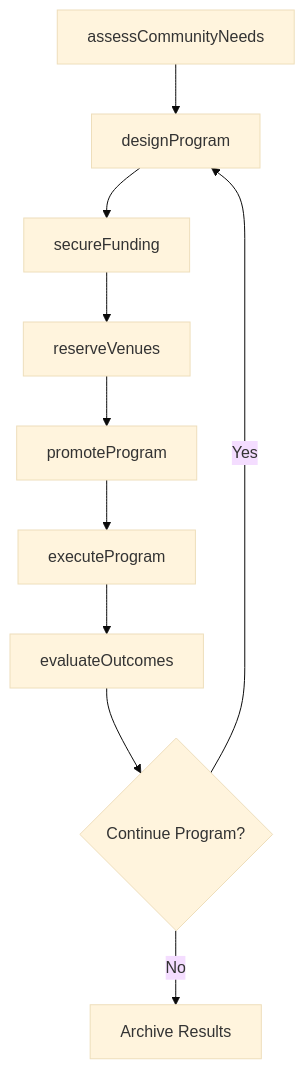
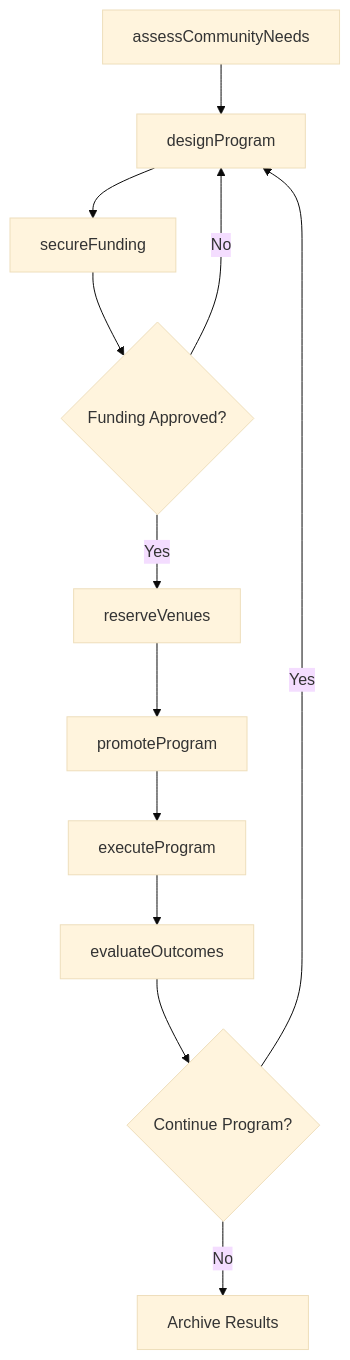
The third of 4 diagrams in OrganizingPlanningAndPrioritizingWork/PlanEventsOrPrograms/PlanCommunityProgramsActivitiesGeneral.mdx (dot-org-ai/tasks.org.ai), drawn with Mermaid (base theme) before and after one commit. The commit also changed other lines of this file and 504 other files, not shown here.

First line of the commit message:
feat: Add ER diagrams, state diagrams, and workflow improvements to 96 DWA task files

````diff
--- a/OrganizingPlanningAndPrioritizingWork/PlanEventsOrPrograms/PlanCommunityProgramsActivitiesGeneral.mdx
+++ b/OrganizingPlanningAndPrioritizingWork/PlanEventsOrPrograms/PlanCommunityProgramsActivitiesGeneral.mdx
@@ -87,12 +115,14 @@
 ```mermaid
 graph TD
     A[assessCommunityNeeds] --> B[designProgram]
     B --> C[secureFunding]
-    C --> D[reserveVenues]
-    D --> E[promoteProgram]
-    E --> F[executeProgram]
-    F --> G[evaluateOutcomes]
-    G --> H{Continue Program?}
-    H -->|Yes| B
-    H -->|No| I[Archive Results]
+    C --> D{Funding Approved?}
+    D -->|No| B
+    D -->|Yes| E[reserveVenues]
+    E --> F[promoteProgram]
+    F --> G[executeProgram]
+    G --> H[evaluateOutcomes]
+    H --> I{Continue Program?}
+    I -->|Yes| B
+    I -->|No| J[Archive Results]
 ```
````
